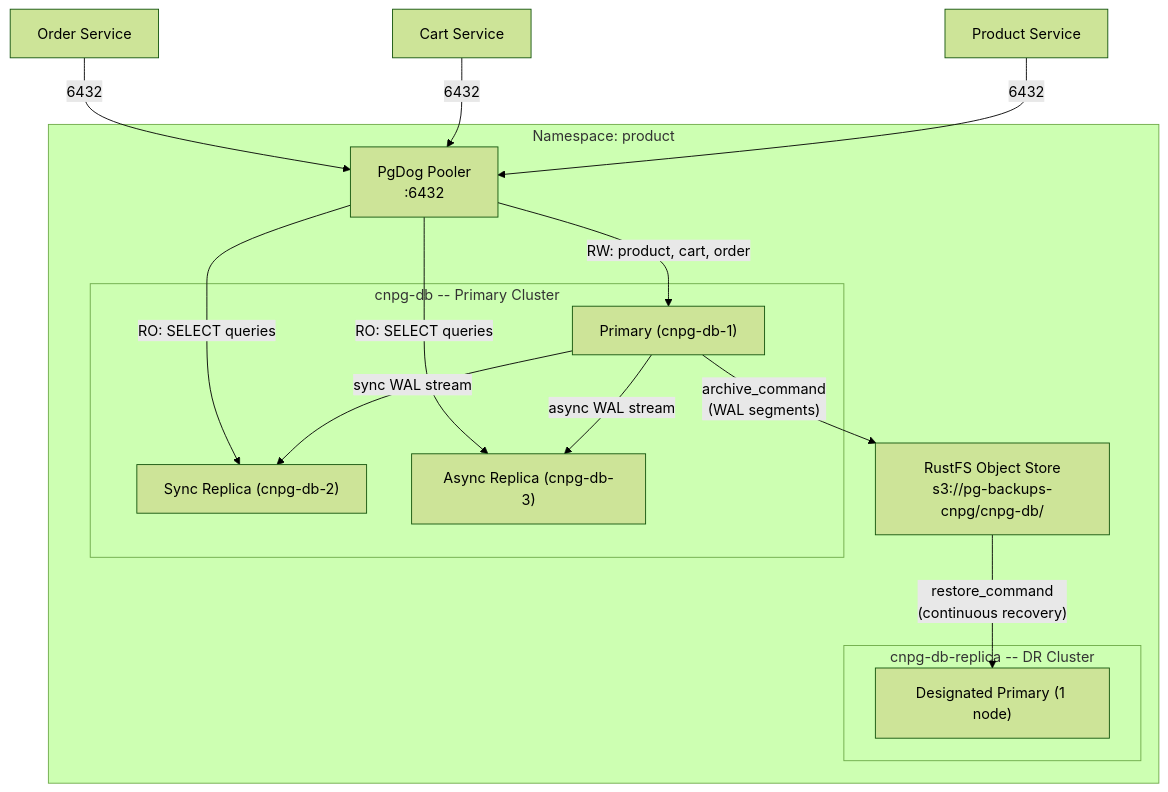
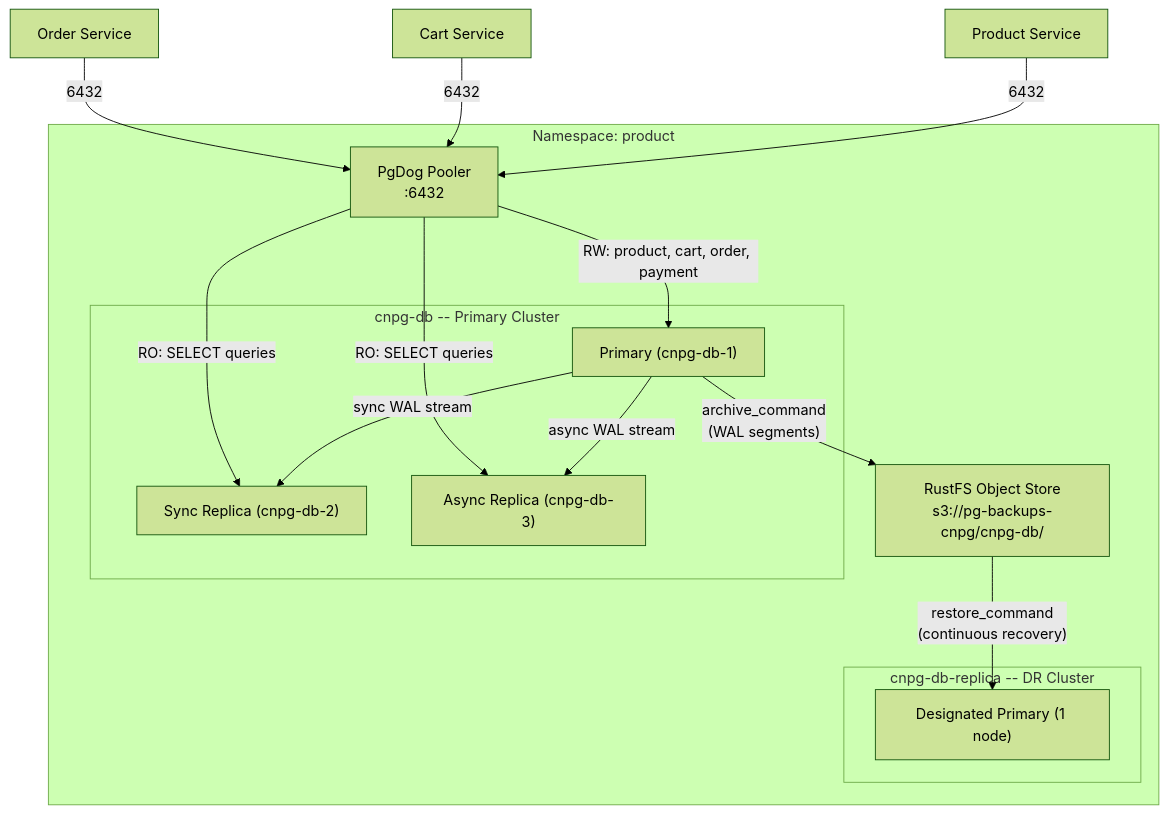
One commit to duynhlab/homelab changed the first of 5 diagrams in docs/databases/005-ha-dr-deep-dive.md. Above: the diagram before and after it, drawn with Mermaid (forest theme). The commit also changed 18 other files, not shown here.

````diff
--- a/docs/databases/005-ha-dr-deep-dive.md
+++ b/docs/databases/005-ha-dr-deep-dive.md
@@ -30,30 +30,30 @@
 ```mermaid
 flowchart TB
   subgraph productNS ["Namespace: product"]
     subgraph primary ["cnpg-db -- Primary Cluster"]
       P1["Primary (cnpg-db-1)"]
       P2["Sync Replica (cnpg-db-2)"]
       P3["Async Replica (cnpg-db-3)"]
       P1 -->|"sync WAL stream"| P2
       P1 -->|"async WAL stream"| P3
     end
 
     subgraph dr ["cnpg-db-replica -- DR Cluster"]
       DR1["Designated Primary (1 node)"]
     end
 
     PgDog["PgDog Pooler\n:6432"]
     ObjStore["RustFS Object Store\ns3://pg-backups-cnpg/cnpg-db/"]
 
     P1 -->|"archive_command\n(WAL segments)"| ObjStore
     ObjStore -->|"restore_command\n(continuous recovery)"| DR1
 
-    PgDog -->|"RW: product, cart, order"| P1
+    PgDog -->|"RW: product, cart, order, payment"| P1
     PgDog -->|"RO: SELECT queries"| P2
     PgDog -->|"RO: SELECT queries"| P3
   end
 
   ProductSvc["Product Service"] -->|6432| PgDog
   CartSvc["Cart Service"] -->|6432| PgDog
   OrderSvc["Order Service"] -->|6432| PgDog
 ```
````
